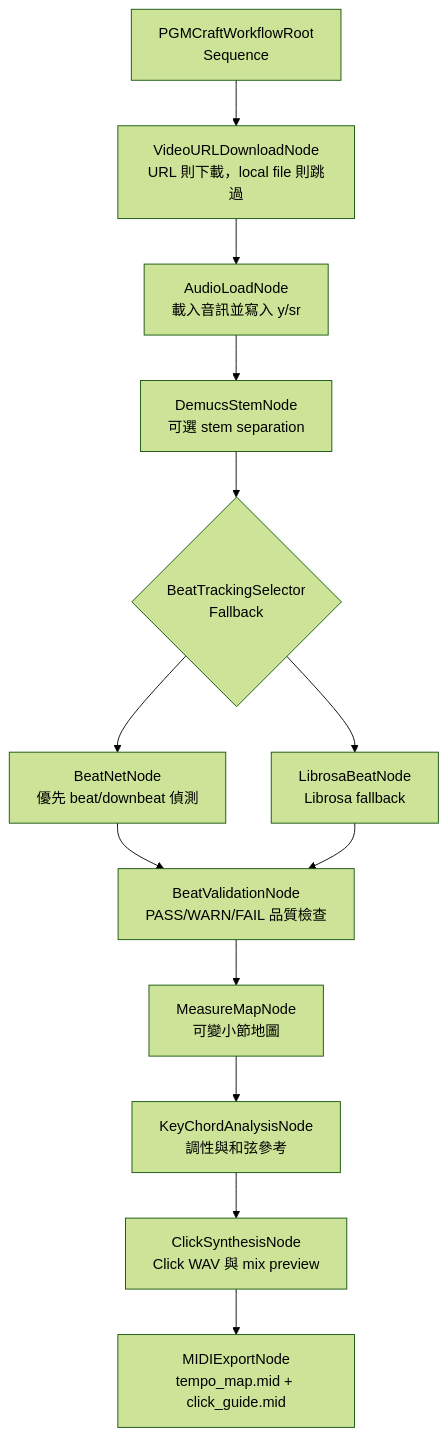
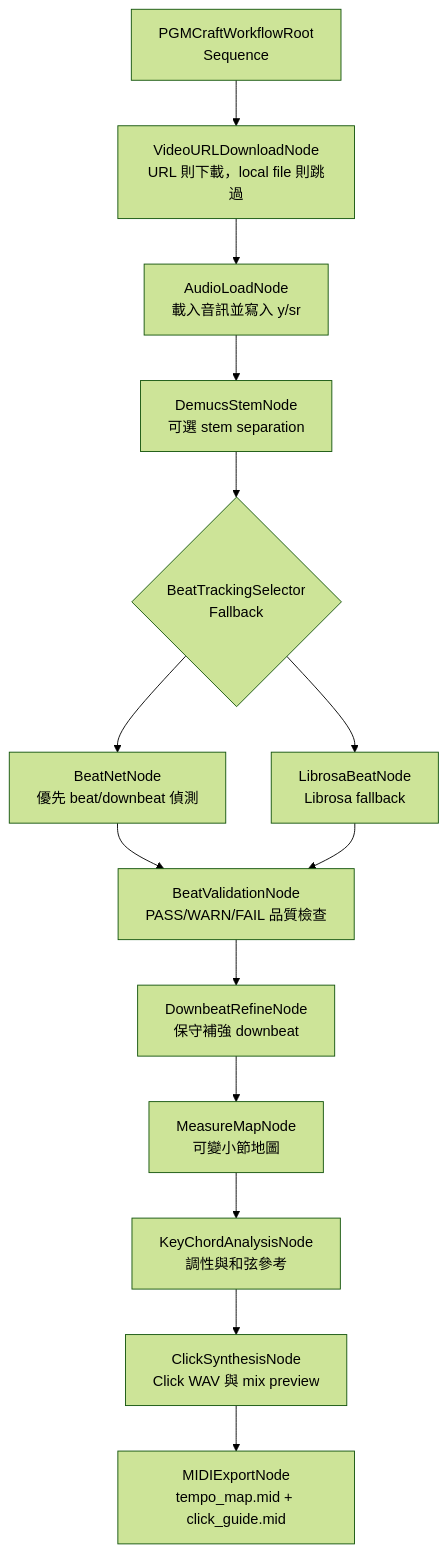
Before and after one commit to Chester930/pgmcraft-studio: the first of 2 diagrams in docs/BEHAVIOR-TREE.md, drawn with Mermaid (forest theme). The commit also changed other lines of this file and 8 other files, not shown here.

Commit message:
feat(workflow): add downbeat refinement node

````diff
--- a/docs/BEHAVIOR-TREE.md
+++ b/docs/BEHAVIOR-TREE.md
@@ -42,23 +43,24 @@
 ```mermaid
 flowchart TD
     Root["PGMCraftWorkflowRoot<br/>Sequence"]
     Download["VideoURLDownloadNode<br/>URL 則下載，local file 則跳過"]
     Load["AudioLoadNode<br/>載入音訊並寫入 y/sr"]
     Stem["DemucsStemNode<br/>可選 stem separation"]
     BeatFallback{"BeatTrackingSelector<br/>Fallback"}
     BeatNet["BeatNetNode<br/>優先 beat/downbeat 偵測"]
     Librosa["LibrosaBeatNode<br/>Librosa fallback"]
     BeatCheck["BeatValidationNode<br/>PASS/WARN/FAIL 品質檢查"]
+    DownbeatRefine["DownbeatRefineNode<br/>保守補強 downbeat"]
     MeasureMap["MeasureMapNode<br/>可變小節地圖"]
     KeyChord["KeyChordAnalysisNode<br/>調性與和弦參考"]
     Click["ClickSynthesisNode<br/>Click WAV 與 mix preview"]
     Midi["MIDIExportNode<br/>tempo_map.mid + click_guide.mid"]
 
     Root --> Download --> Load --> Stem --> BeatFallback
     BeatFallback --> BeatNet
     BeatFallback --> Librosa
     BeatNet --> BeatCheck
     Librosa --> BeatCheck
-    BeatCheck --> MeasureMap --> KeyChord
+    BeatCheck --> DownbeatRefine --> MeasureMap --> KeyChord
     KeyChord --> Click --> Midi
 ```
````
